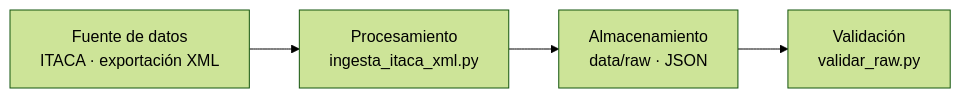
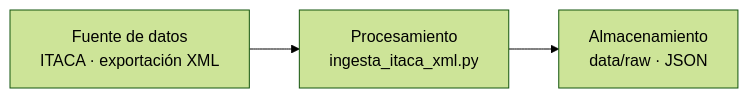
The diagram in README.md (HaelSel02/bigdata-p1-itaca), drawn with Mermaid (forest theme) before and after one commit.

Commit message:
Actualizar error en el Readme

````diff
--- a/README.md
+++ b/README.md
@@ -11,5 +11,4 @@
 ```mermaid
 graph LR
     A[Fuente de datos<br/>ITACA · exportación XML] --> B[Procesamiento<br/>ingesta_itaca_xml.py] --> C[Almacenamiento<br/>data/raw · JSON]
-    C --> D[Validación<br/>validar_raw.py]
 ```
````
